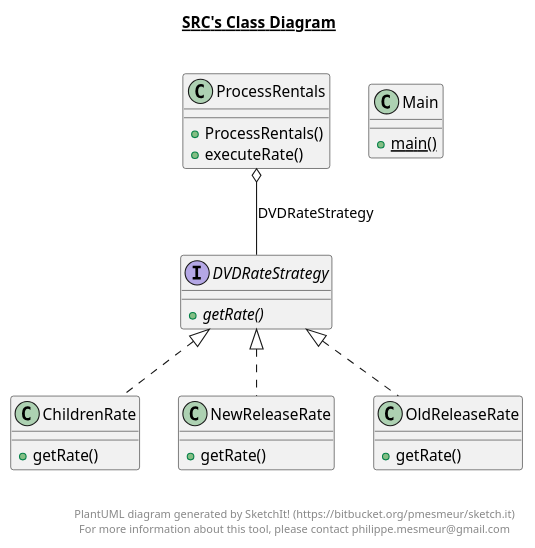
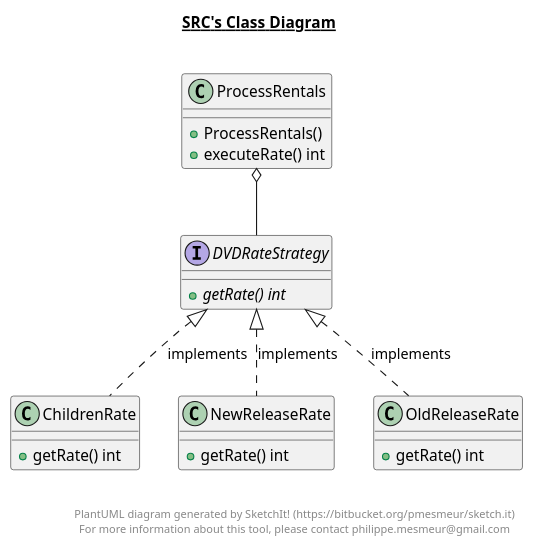
The diagram in src/Strategy.plantuml (Kenzki/design-patterns-dvd-rental-system), drawn with PlantUML before and after one commit. The commit also changed 3 other files, not shown here.

Commit message:
Updated UMl Class Diagrams

```diff
--- a/src/Strategy.plantuml
+++ b/src/Strategy.plantuml
@@ -1,61 +1,57 @@
 @startuml
 
 title __SRC's Class Diagram__\n
 
 
     class ChildrenRate {
-        + getRate()
+        + getRate() int
     }
 
   
 
 
     interface DVDRateStrategy {
-        {abstract} + getRate()
+        {abstract} + getRate() int
     }
 
   
 
 
-    class Main {
-        {static} + main()
-    }
-
   
 
 
     class NewReleaseRate {
-        + getRate()
+        + getRate() int
     }
 
   
 
 
     class OldReleaseRate {
-        + getRate()
+        + getRate() int
     }
 
   
 
 
     class ProcessRentals {
         + ProcessRentals()
-        + executeRate()
+        + executeRate() int
     }
 
   
 
-  ChildrenRate .up.|> DVDRateStrategy
-  NewReleaseRate .up.|> DVDRateStrategy
-  OldReleaseRate .up.|> DVDRateStrategy
-  ProcessRentals o-- DVDRateStrategy : DVDRateStrategy
+  ChildrenRate .up.|> DVDRateStrategy : implements
+  NewReleaseRate .up.|> DVDRateStrategy : implements
+  OldReleaseRate .up.|> DVDRateStrategy : implements
+  ProcessRentals o-- DVDRateStrategy
 
 
 right footer
 
 
 PlantUML diagram generated by SketchIt! (https://bitbucket.org/pmesmeur/sketch.it)
 For more information about this tool, please contact philippe.mesmeur@gmail.com
 endfooter
 
 @enduml
```
